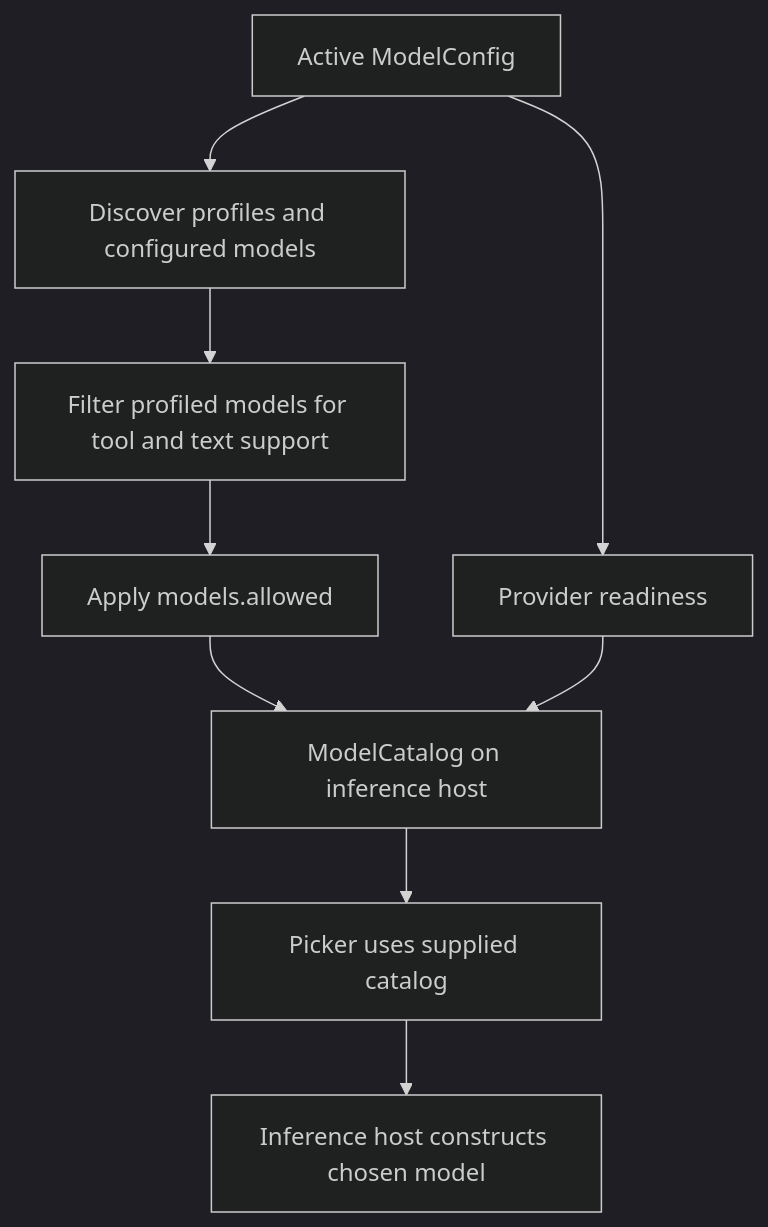
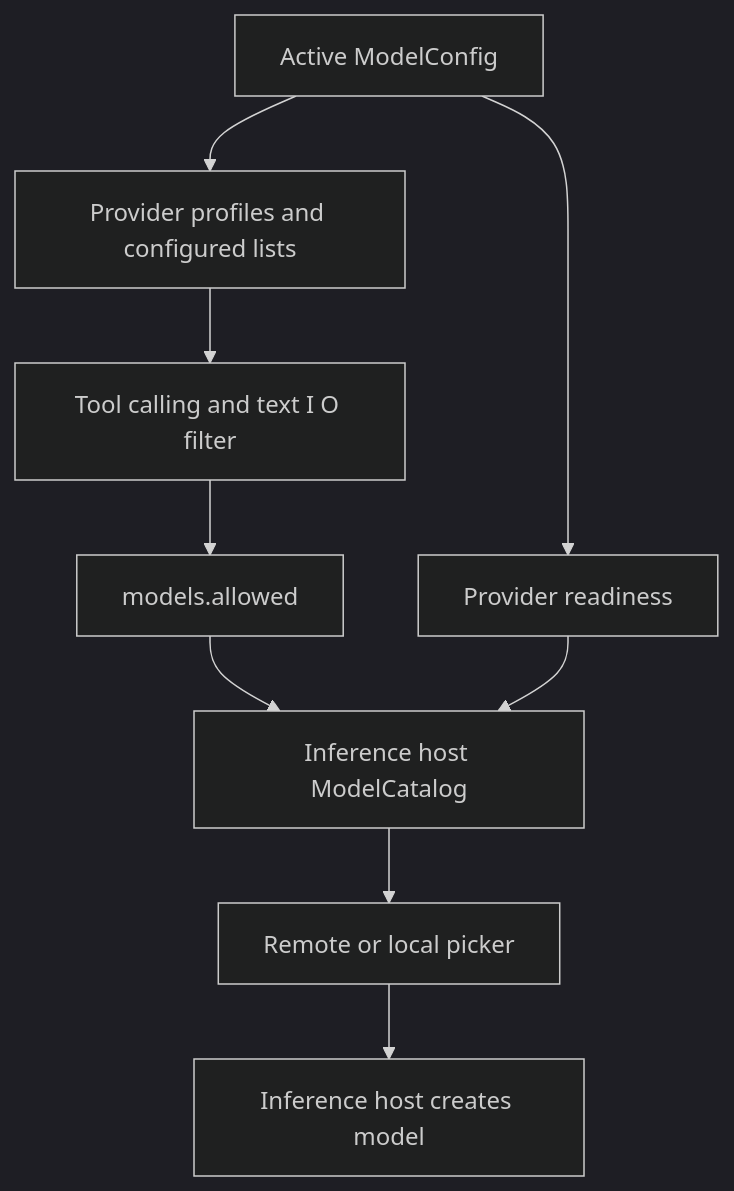
One commit to langchain-ai/deepagents changed the third of 4 diagrams in openwiki/concepts/profiles-models.md. Above: the diagram before and after it, drawn with Mermaid (dark theme). The commit also changed other lines of this file and 53 other files, not shown here.

````diff
--- a/openwiki/concepts/profiles-models.md
+++ b/openwiki/concepts/profiles-models.md
@@ -82,11 +114,11 @@
 ```mermaid
 flowchart TD
-    Config["Active ModelConfig"] --> Discovery["Discover profiles and configured models"]
-    Discovery --> Filter["Filter profiled models for tool and text support"]
-    Filter --> Policy["Apply models.allowed"]
-    Policy --> Catalog["ModelCatalog on inference host"]
-    Config --> Readiness["Provider readiness"]
-    Readiness --> Catalog
-    Catalog --> Picker["Picker uses supplied catalog"]
-    Picker --> Host["Inference host constructs chosen model"]
+    Config["Active ModelConfig"] --> Discover["Provider profiles and configured lists"]
+    Discover --> Filter["Tool calling and text I O filter"]
+    Filter --> Policy["models.allowed"]
+    Policy --> Catalog["Inference host ModelCatalog"]
+    Config --> Ready["Provider readiness"]
+    Ready --> Catalog
+    Catalog --> Picker["Remote or local picker"]
+    Picker --> Construct["Inference host creates model"]
 ```
````
